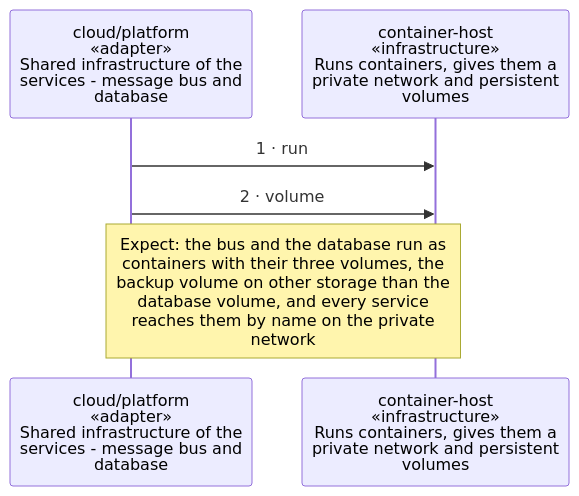
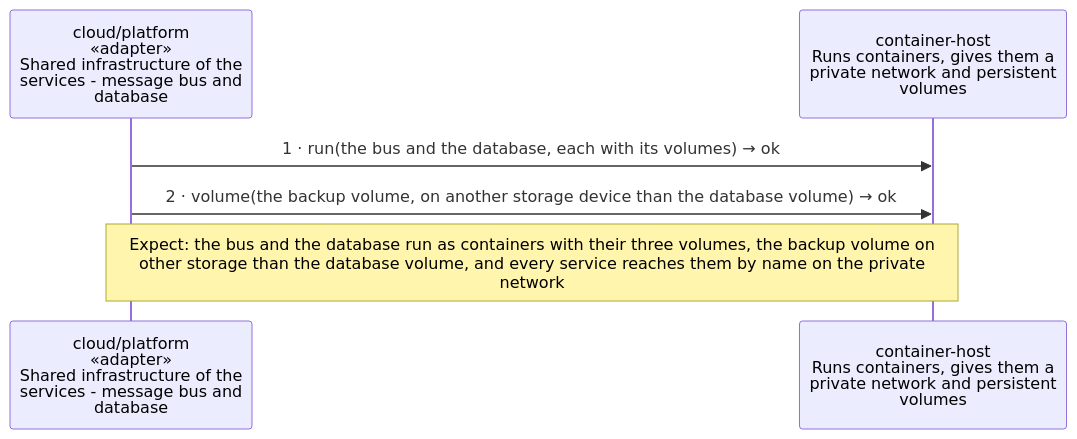
One commit to wackazong/unifold changed the diagram in examples/plantwatch/docs/diagrams/scenario-start-the-server-side.md. Above: the diagram before and after it, drawn with Mermaid. The commit also changed other lines of this file and 213 other files, not shown here.

````diff
--- a/examples/plantwatch/docs/diagrams/scenario-start-the-server-side.md
+++ b/examples/plantwatch/docs/diagrams/scenario-start-the-server-side.md
@@ -12,13 +12,13 @@
 ```mermaid
 ---
 config:
   sequence:
     height: 108
 ---
 sequenceDiagram
   participant pcloud__platform as cloud/platform<br/>«adapter»<br/>Shared infrastructure of the<br/>services - message bus and<br/>database
-  participant pcontainer_dhost as container-host<br/>«infrastructure»<br/>Runs containers, gives them a<br/>private network and persistent<br/>volumes
-  pcloud__platform->>pcontainer_dhost: 1 · run
-  pcloud__platform->>pcontainer_dhost: 2 · volume
+  participant pcontainer_dhost as container-host<br/>Runs containers, gives them a<br/>private network and persistent<br/>volumes
+  pcloud__platform->>pcontainer_dhost: 1 · run(the bus and the database, each with its volumes) → ok
+  pcloud__platform->>pcontainer_dhost: 2 · volume(the backup volume, on another storage device than the database volume) → ok
   Note over pcloud__platform,pcontainer_dhost: wrap: Expect: the bus and the database run as containers with their three volumes, the backup volume on other storage than the database volume, and every service reaches them by name on the private network
 ```
````
